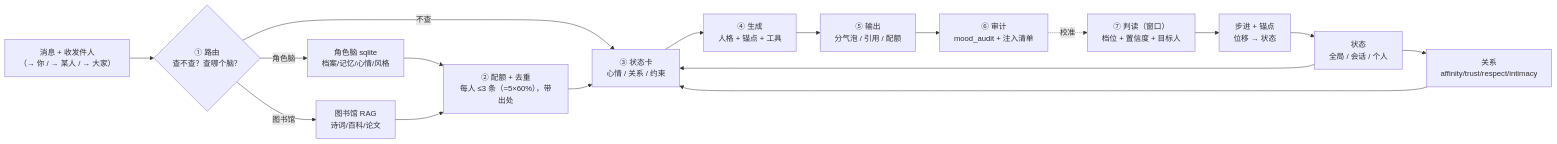
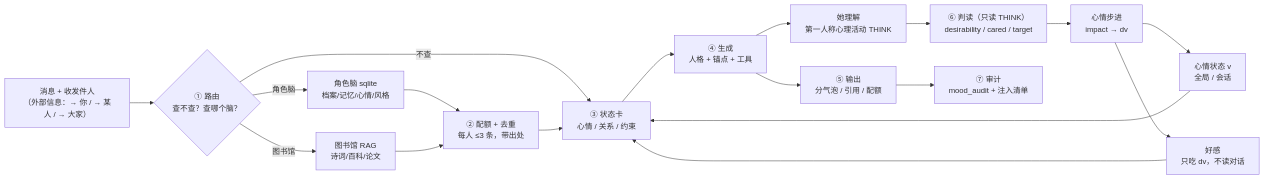
Before and after one commit to CameraResearcherXH/nonebot2-qq-dsh-bot: the diagram in docs/DESIGN.md, drawn with Mermaid. The commit also changed other lines of this file and 104 other files, not shown here.

First line of the commit message:
feat: 意图理解层 + 输出上限 4000 + send 出站清洗（2026-11-27）

````diff
--- a/docs/DESIGN.md
+++ b/docs/DESIGN.md
@@ -60,19 +96,20 @@
 ```mermaid
 flowchart LR
-    IN["消息 + 收发件人<br/>（→ 你 / → 某人 / → 大家）"] --> R{"① 路由<br/>查不查？查哪个脑？"}
+    IN["消息 + 收发件人<br/>（外部信息：→ 你 / → 某人 / → 大家）"] --> R{"① 路由<br/>查不查？查哪个脑？"}
     R -- 不查 --> CARD
     R -- 角色脑 --> RB["角色脑 sqlite<br/>档案/记忆/心情/风格"]
     R -- 图书馆 --> LB["图书馆 RAG<br/>诗词/百科/论文"]
-    RB --> Q["② 配额 + 去重<br/>每人 ≤3 条（=5×60%），带出处"]
+    RB --> Q["② 配额 + 去重<br/>每人 ≤3 条，带出处"]
     LB --> Q
     Q --> CARD["③ 状态卡<br/>心情 / 关系 / 约束"]
     CARD --> G["④ 生成<br/>人格 + 锚点 + 工具"]
+    G --> THINK["她理解<br/>第一人称心理活动 THINK"]
     G --> OUT["⑤ 输出<br/>分气泡 / 引用 / 配额"]
-    OUT --> AUD["⑥ 审计<br/>mood_audit + 注入清单"]
-    AUD -. 校准 .-> JUDGE["⑦ 判读（窗口）<br/>档位 + 置信度 + 目标人"]
-    JUDGE --> KAL["步进 + 锚点<br/>位移 → 状态"]
-    KAL --> ST["状态<br/>全局 / 会话 / 个人"]
+    THINK --> JUDGE["⑥ 判读（只读 THINK）<br/>desirability / cared / target"]
+    OUT --> AUD["⑦ 审计<br/>mood_audit + 注入清单"]
+    JUDGE --> KAL["心情步进<br/>impact → dv"]
+    KAL --> ST["心情状态 v<br/>全局 / 会话"]
+    KAL --> REL["好感<br/>只吃 dv，不读对话"]
     ST --> CARD
-    ST --> REL["关系<br/>affinity/trust/respect/intimacy"]
     REL --> CARD
 ```
````
